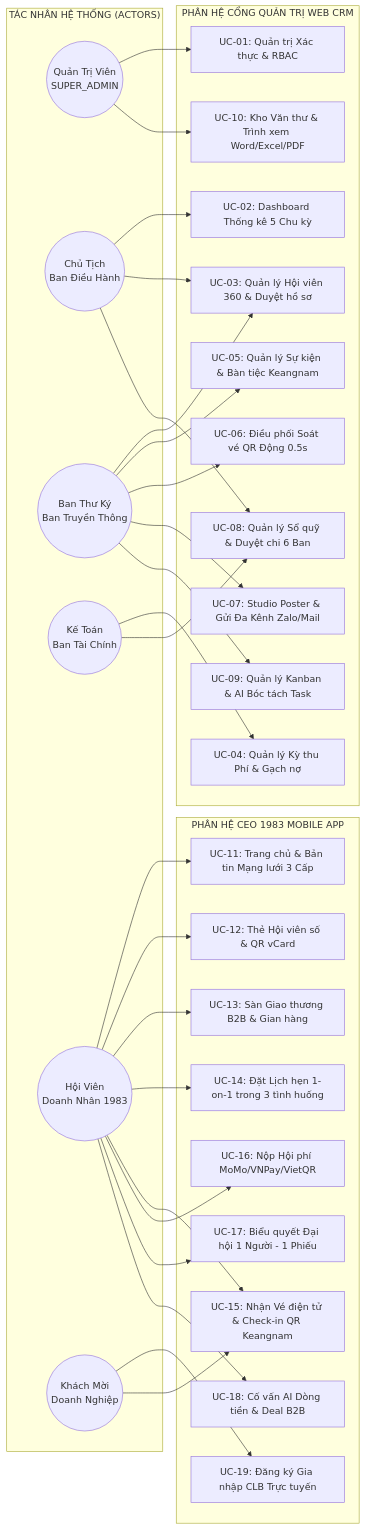
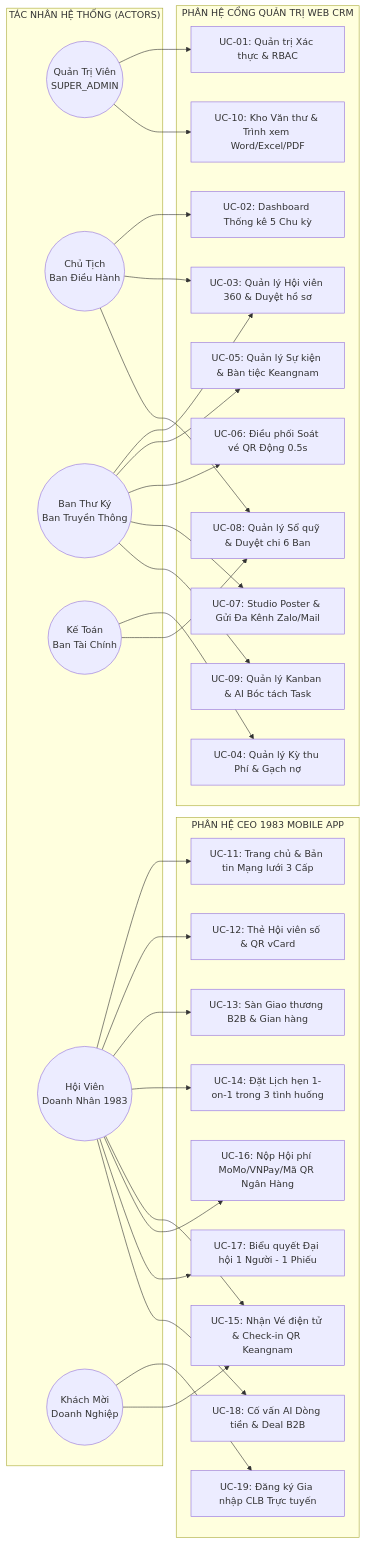
One commit to viconnect-product-team/ceo1983_project changed the first of 13 diagrams in document/notebooklm/07_TAI_LIEU_YEU_CAU_NGHIEP_VU_BRD_CHINH_THUC.md. Above: the diagram before and after it, drawn with Mermaid. The commit also changed other lines of this file and 61 other files, not shown here.

````diff
--- a/document/notebooklm/07_TAI_LIEU_YEU_CAU_NGHIEP_VU_BRD_CHINH_THUC.md
+++ b/document/notebooklm/07_TAI_LIEU_YEU_CAU_NGHIEP_VU_BRD_CHINH_THUC.md
@@ -159,61 +159,61 @@
 ```mermaid
 flowchart LR
     subgraph Actors["TÁC NHÂN HỆ THỐNG (ACTORS)"]
         Admin((Quản Trị Viên\nSUPER_ADMIN))
         President((Chủ Tịch\nBan Điều Hành))
         Secretary((Ban Thư Ký\nBan Truyền Thông))
         Accountant((Kế Toán\nBan Tài Chính))
         Member((Hội Viên\nDoanh Nhân 1983))
         Guest((Khách Mời\nDoanh Nghiệp))
     end
 
     subgraph CRM_Portal["PHÂN HỆ CỔNG QUẢN TRỊ WEB CRM"]
         UC_Auth[UC-01: Quản trị Xác thực & RBAC]
         UC_Dash[UC-02: Dashboard Thống kê 5 Chu kỳ]
         UC_MemCRM[UC-03: Quản lý Hội viên 360 & Duyệt hồ sơ]
         UC_DuesCRM[UC-04: Quản lý Kỳ thu Phí & Gạch nợ]
         UC_EvtCRM[UC-05: Quản lý Sự kiện & Bàn tiệc Keangnam]
         UC_Checkin[UC-06: Điều phối Soát vé QR Động 0.5s]
         UC_Studio[UC-07: Studio Poster & Gửi Đa Kênh Zalo/Mail]
         UC_FinCRM[UC-08: Quản lý Sổ quỹ & Duyệt chi 6 Ban]
         UC_TaskCRM[UC-09: Quản lý Kanban & AI Bóc tách Task]
         UC_DocCRM[UC-10: Kho Văn thư & Trình xem Word/Excel/PDF]
     end
 
     subgraph Mobile_App["PHÂN HỆ CEO 1983 MOBILE APP"]
         UC_AppHome[UC-11: Trang chủ & Bản tin Mạng lưới 3 Cấp]
         UC_Card[UC-12: Thẻ Hội viên số & QR vCard]
         UC_B2B[UC-13: Sàn Giao thương B2B & Gian hàng]
         UC_Meeting[UC-14: Đặt Lịch hẹn 1-on-1 trong 3 tình huống]
         UC_Ticket[UC-15: Nhận Vé điện tử & Check-in QR Keangnam]
-        UC_PayApp[UC-16: Nộp Hội phí MoMo/VNPay/VietQR]
+        UC_PayApp[UC-16: Nộp Hội phí MoMo/VNPay/Mã QR Ngân Hàng]
         UC_Vote[UC-17: Biểu quyết Đại hội 1 Người - 1 Phiếu]
         UC_AIApp[UC-18: Cố vấn AI Dòng tiền & Deal B2B]
         UC_RegApp[UC-19: Đăng ký Gia nhập CLB Trực tuyến]
     end
 
     Admin --> UC_Auth
     Admin --> UC_DocCRM
     President --> UC_Dash
     President --> UC_MemCRM
     President --> UC_FinCRM
     Secretary --> UC_MemCRM
     Secretary --> UC_EvtCRM
     Secretary --> UC_Checkin
     Secretary --> UC_Studio
     Secretary --> UC_TaskCRM
     Accountant --> UC_DuesCRM
     Accountant --> UC_FinCRM
 
     Member --> UC_AppHome
     Member --> UC_Card
     Member --> UC_B2B
     Member --> UC_Meeting
     Member --> UC_Ticket
     Member --> UC_PayApp
     Member --> UC_Vote
     Member --> UC_AIApp
 
     Guest --> UC_RegApp
     Guest --> UC_Ticket
 ```
````
